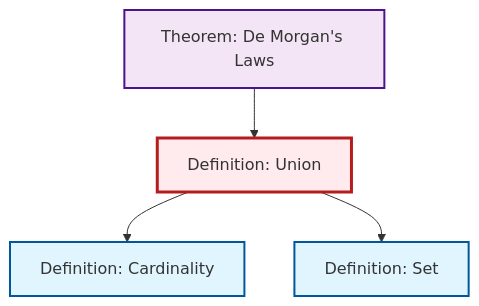
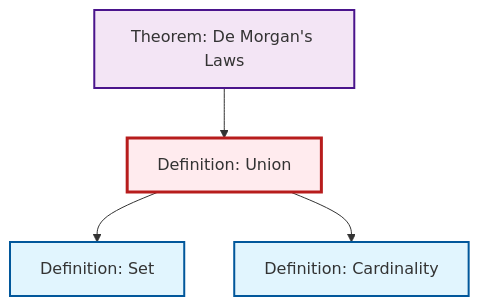
One commit to RK0429/ModernMath changed the diagram in content/en/logic-set-theory/def-union.qmd. Above: the diagram before and after it, drawn with Mermaid. The commit also changed other lines of this file and 654 other files, not shown here.

````diff
--- a/content/en/logic-set-theory/def-union.qmd
+++ b/content/en/logic-set-theory/def-union.qmd
@@ -54,20 +54,20 @@
 ```{mermaid}
 %%| fig-cap: "Local dependency graph"
 graph TD
     classDef definition fill:#e1f5fe,stroke:#01579b,stroke-width:2px
     classDef theorem fill:#f3e5f5,stroke:#4a148c,stroke-width:2px
     classDef axiom fill:#fff3e0,stroke:#e65100,stroke-width:2px
     classDef example fill:#e8f5e9,stroke:#1b5e20,stroke-width:2px
     classDef current fill:#ffebee,stroke:#b71c1c,stroke-width:3px
+    def-set["Definition: Set"]:::definition
+    def-union["Definition: Union"]:::definition
+    def-cardinality["Definition: Cardinality"]:::definition
     thm-de-morgan["Theorem: De Morgan's Laws"]:::theorem
-    def-set["Definition: Set"]:::definition
-    def-cardinality["Definition: Cardinality"]:::definition
-    def-union["Definition: Union"]:::definition
-    def-union --> def-cardinality
     def-union --> def-set
     thm-de-morgan --> def-union
+    def-union --> def-cardinality
     class def-union current
-    click thm-de-morgan "thm-de-morgan.html" "Go to De Morgan's Laws theorem"
     click def-set "def-set.html" "Go to Set definition"
     click def-cardinality "def-cardinality.html" "Go to Cardinality definition"
+    click thm-de-morgan "thm-de-morgan.html" "Go to De Morgan's Laws theorem"
 ```
````
